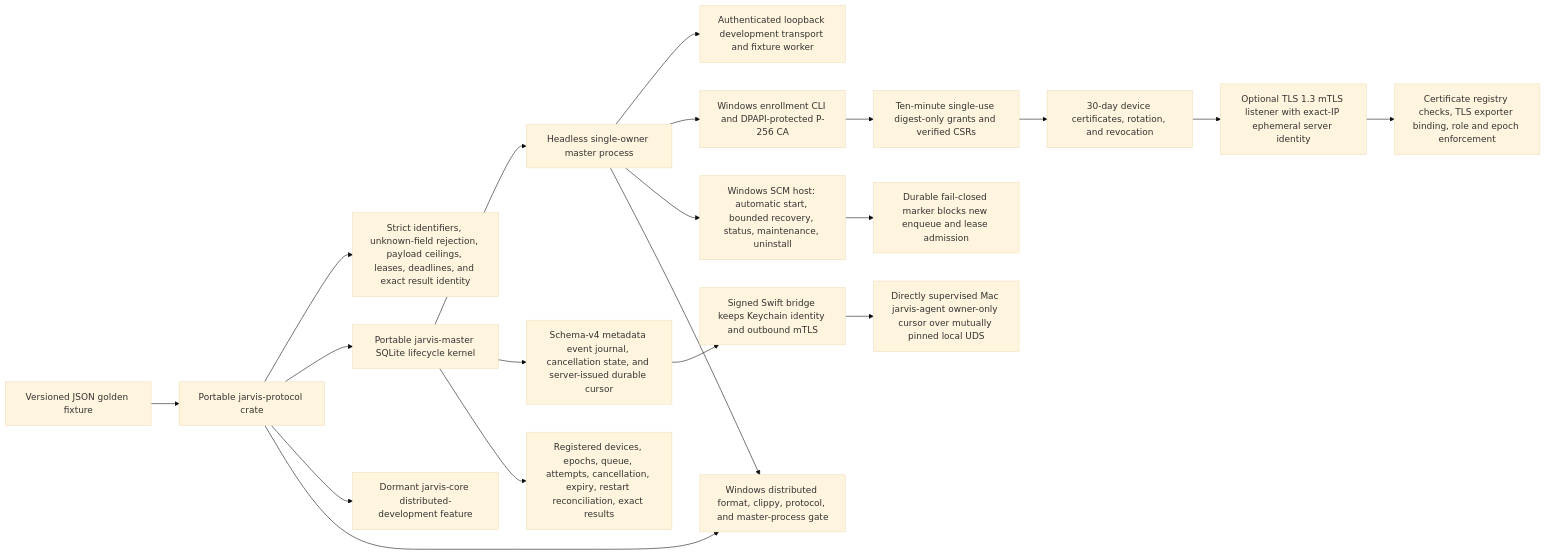
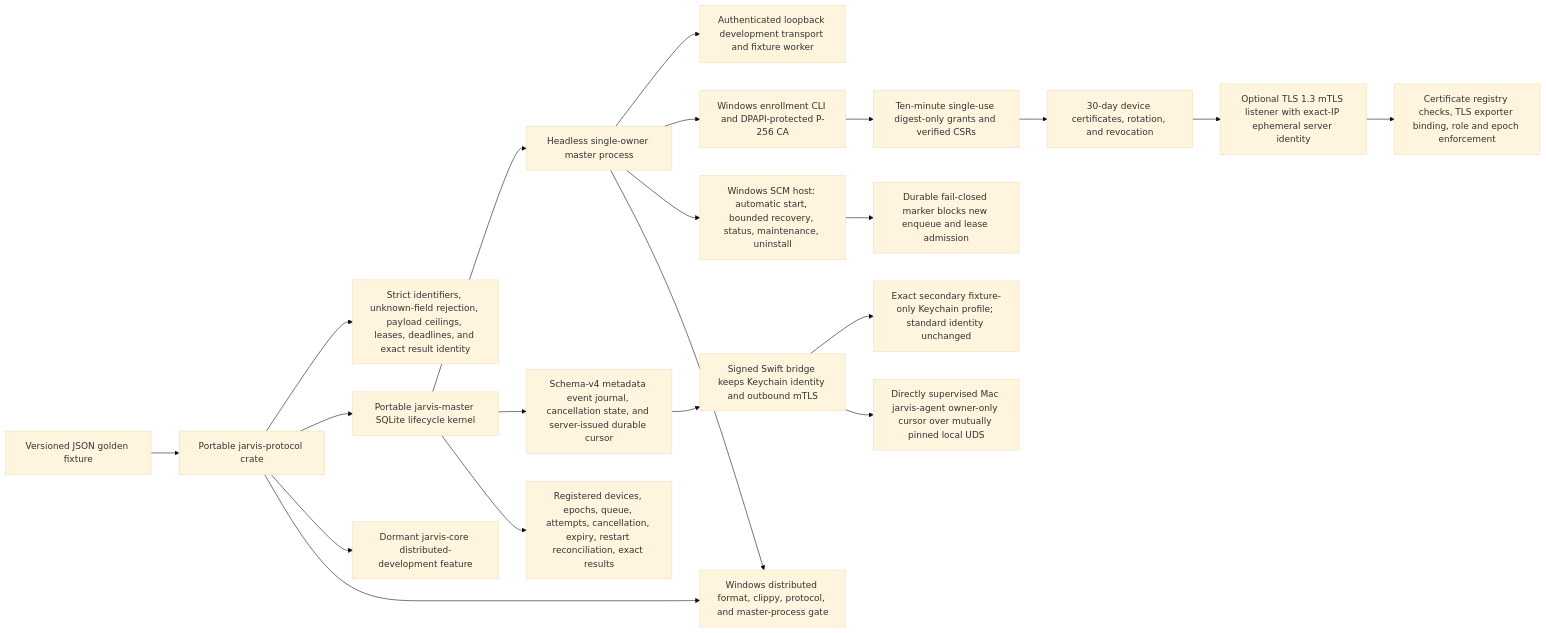
The first of 18 diagrams in docs/architecture-map.md (malak333/Assemblywright), drawn with Mermaid (base theme) before and after one commit. The commit also changed other lines of this file and 20 other files, not shown here.

````diff
--- a/docs/architecture-map.md
+++ b/docs/architecture-map.md
@@ -7,22 +7,23 @@
 ```mermaid
 flowchart LR
   Fixture["Versioned JSON golden fixture"] --> Protocol["Portable jarvis-protocol crate"]
   Protocol --> Bounds["Strict identifiers, unknown-field rejection, payload ceilings, leases, deadlines, and exact result identity"]
   Protocol --> Master["Portable jarvis-master SQLite lifecycle kernel"]
   Master --> Process["Headless single-owner master process"]
   Process --> Local["Authenticated loopback development transport and fixture worker"]
   Process --> Identity["Windows enrollment CLI and DPAPI-protected P-256 CA"]
   Identity --> Grants["Ten-minute single-use digest-only grants and verified CSRs"]
   Grants --> Certificates["30-day device certificates, rotation, and revocation"]
   Certificates --> Remote["Optional TLS 1.3 mTLS listener with exact-IP ephemeral server identity"]
   Remote --> Binding["Certificate registry checks, TLS exporter binding, role and epoch enforcement"]
   Master --> Events["Schema-v4 metadata event journal, cancellation state, and server-issued durable cursor"]
   Events --> Helper["Signed Swift bridge keeps Keychain identity and outbound mTLS"]
+  Helper --> FixtureIdentity["Exact secondary fixture-only Keychain profile; standard identity unchanged"]
   Helper --> Agent["Directly supervised Mac jarvis-agent owner-only cursor over mutually pinned local UDS"]
   Process --> Service["Windows SCM host: automatic start, bounded recovery, status, maintenance, uninstall"]
   Service --> Maintenance["Durable fail-closed marker blocks new enqueue and lease admission"]
   Master --> Durable["Registered devices, epochs, queue, attempts, cancellation, expiry, restart reconciliation, exact results"]
   Protocol --> Feature["Dormant jarvis-core distributed-development feature"]
   Protocol --> Windows["Windows distributed format, clippy, protocol, and master-process gate"]
   Process --> Windows
 ```
````
